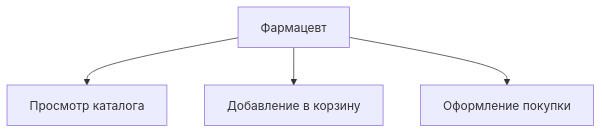
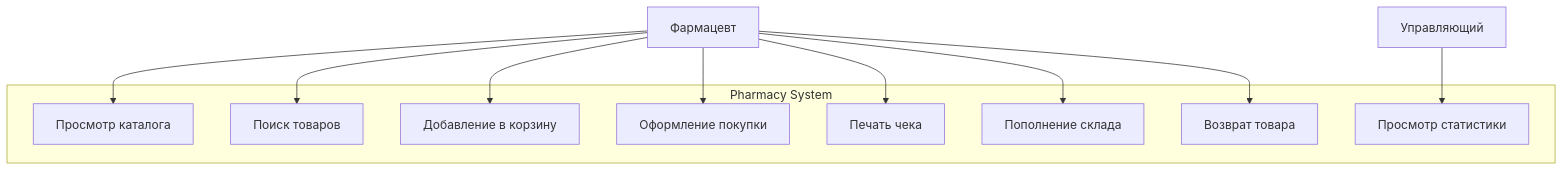
Before and after one commit to karaulnykh-veronika/pharmacy-system: the diagram in docs/diagrams/usecase.mmd, drawn with Mermaid. The commit also changed 5 other files, not shown here.

Commit message:
final: add diagrams, lock file, python version, improve Makefile and README

```diff
--- a/docs/diagrams/usecase.mmd
+++ b/docs/diagrams/usecase.mmd
@@ -1,4 +1,24 @@
 flowchart TD
-    User[Фармацевт] --> View[Просмотр каталога]
-    User --> Add[Добавление в корзину]
-    User --> Buy[Оформление покупки]
+    subgraph "Pharmacy System"
+        UC1[Просмотр каталога]
+        UC2[Поиск товаров]
+        UC3[Добавление в корзину]
+        UC4[Оформление покупки]
+        UC5[Печать чека]
+        UC6[Пополнение склада]
+        UC7[Возврат товара]
+        UC8[Просмотр статистики]
+    end
+
+    Pharmacist[Фармацевт]
+    Manager[Управляющий]
+
+    Pharmacist --> UC1
+    Pharmacist --> UC2
+    Pharmacist --> UC3
+    Pharmacist --> UC4
+    Pharmacist --> UC5
+    Pharmacist --> UC6
+    Pharmacist --> UC7
+
+    Manager --> UC8
```
